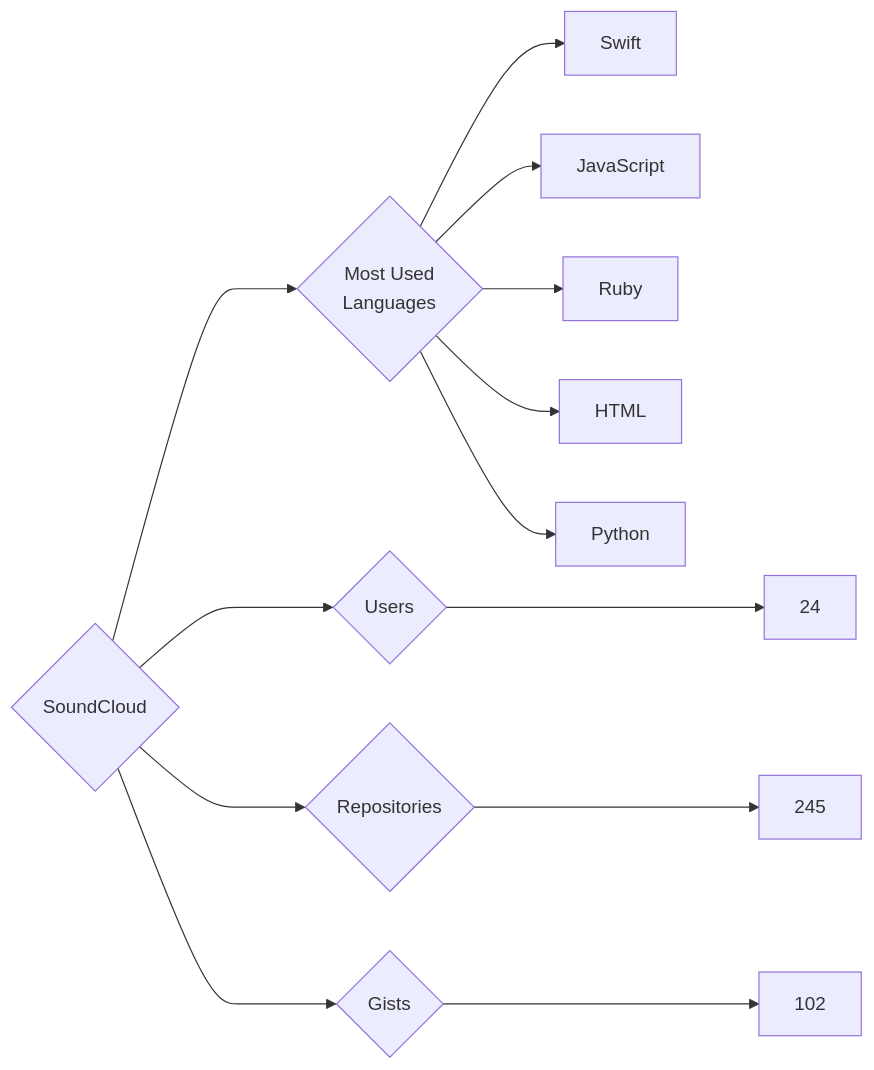
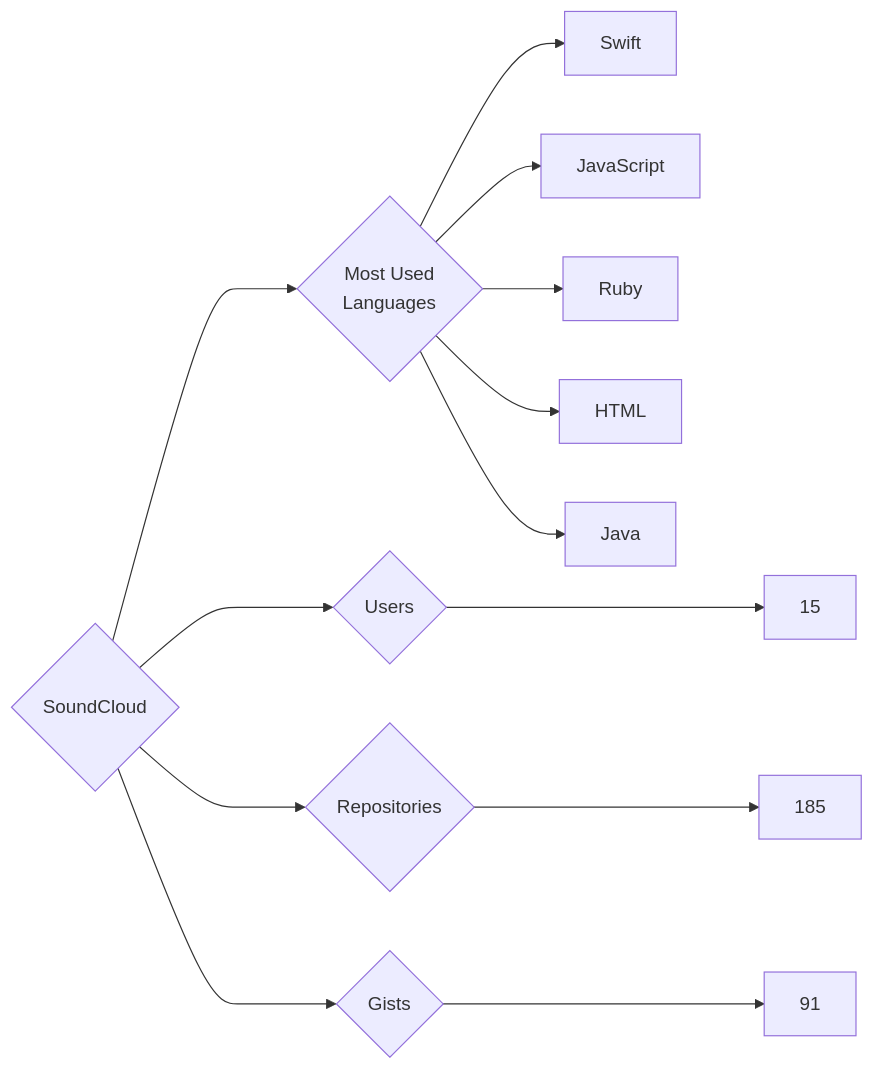
The diagram in targets/SoundCloud/README.md (trickest/insiders), drawn with Mermaid before and after one commit. The commit also changed 815 other files, not shown here.

````diff
--- a/targets/SoundCloud/README.md
+++ b/targets/SoundCloud/README.md
@@ -3,13 +3,13 @@
 ```mermaid
 graph LR
 COMPANY_NAME{SoundCloud}
-COMPANY_NAME ---> U{Users} ---> UN[24]
-COMPANY_NAME ---> R{Repositories} ---> RN[245]
-COMPANY_NAME ---> G{Gists} ---> GN[102]
+COMPANY_NAME ---> U{Users} ---> UN[15]
+COMPANY_NAME ---> R{Repositories} ---> RN[185]
+COMPANY_NAME ---> G{Gists} ---> GN[91]
 COMPANY_NAME ---> ML{Most Used<br>Languages}
 ML --> Swift[Swift]
 ML --> JavaScript[JavaScript]
 ML --> Ruby[Ruby]
 ML --> HTML[HTML]
-ML --> Python[Python]
+ML --> Java[Java]
 ```
````
